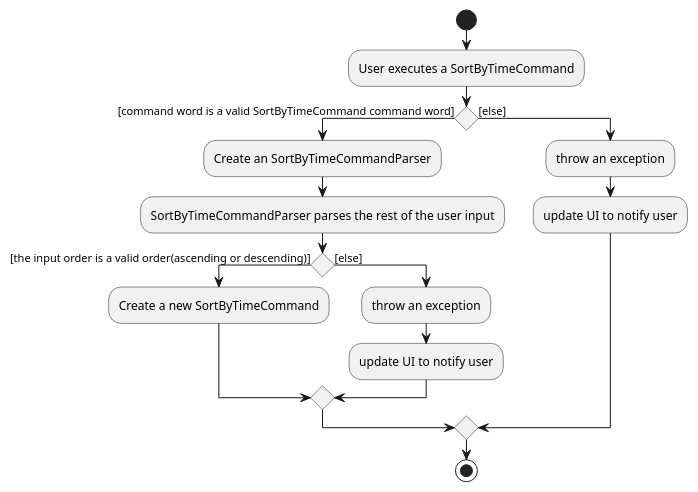
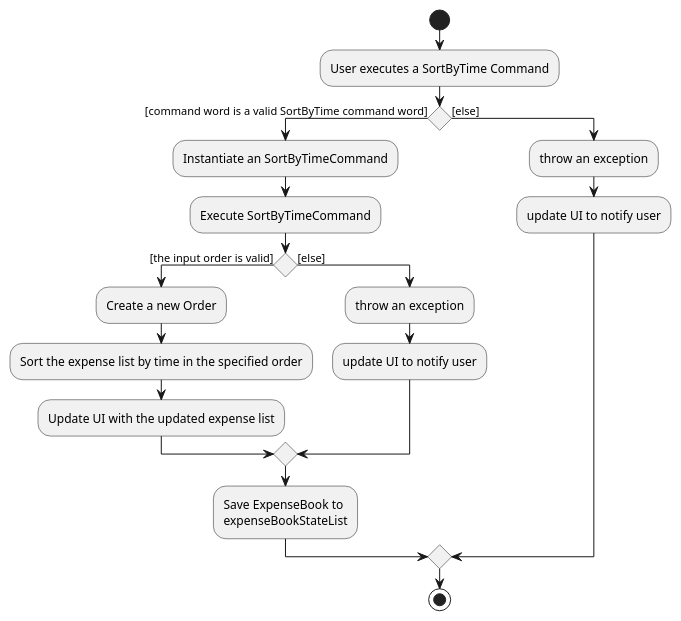
Before and after one commit to yyutong/tp: the diagram in docs/diagrams/SortByTimeCommandActivityDiagram.puml, drawn with PlantUML. The commit also changed 12 other files, not shown here.

```diff
--- a/docs/diagrams/SortByTimeCommandActivityDiagram.puml
+++ b/docs/diagrams/SortByTimeCommandActivityDiagram.puml
@@ -1,22 +1,26 @@
 @startuml
 start
-:User executes a SortByTimeCommand;
+:User executes a SortByTime Command;
 
 'Since the beta syntax does not support placing the condition outside the
 'diamond we place it as the true branch instead.
 
-if () then ([command word is a valid SortByTimeCommand command word])
-    :Create an SortByTimeCommandParser;
-    :SortByTimeCommandParser parses the rest of the user input;
-    if () then ([the input order is a valid order(ascending or descending)])
-        :Create a new SortByTimeCommand;
+if () then ([command word is a valid SortByTime command word])
+    :Instantiate an SortByTimeCommand;
+    :Execute SortByTimeCommand;
+    if () then ([the input order is valid])
+        :Create a new Order;
+        :Sort the expense list by time in the specified order;
+        :Update UI with the updated expense list;
     else ([else])
         :throw an exception;
         :update UI to notify user;
     endif
+    :Save ExpenseBook to
+    expenseBookStateList;
 else ([else])
     :throw an exception;
     :update UI to notify user;
 endif
 stop
 @enduml
```
